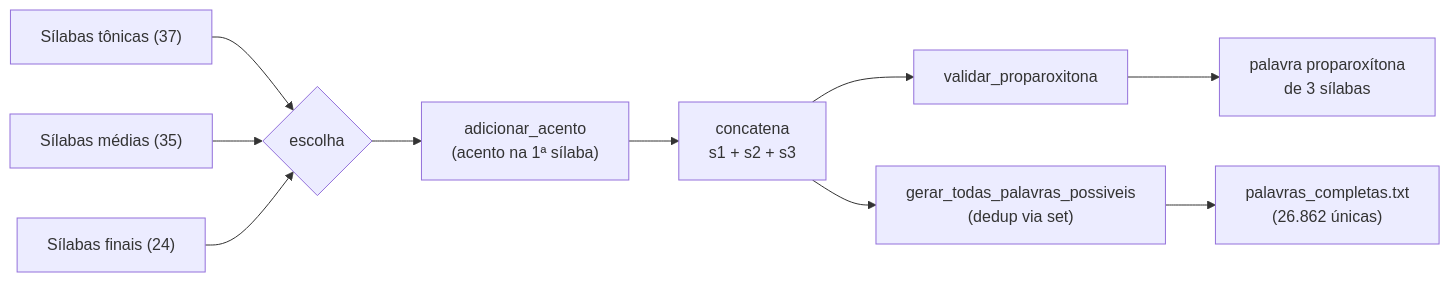
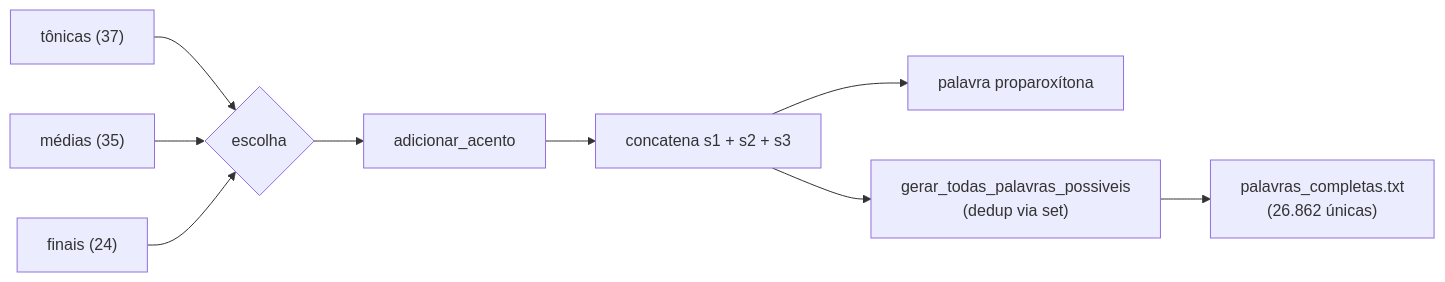
One commit to fabricioguidine/egera-generator changed the diagram in README.md. Above: the diagram before and after it, drawn with Mermaid. The commit also changed other lines of this file and 2 other files, not shown here.

````diff
--- a/README.md
+++ b/README.md
@@ -48,12 +68,11 @@
 ```mermaid
 flowchart LR
-    A["Sílabas tônicas (37)"] --> S{escolha}
-    B["Sílabas médias (35)"] --> S
-    C["Sílabas finais (24)"] --> S
-    S --> D["adicionar_acento<br/>(acento na 1ª sílaba)"]
-    D --> E["concatena<br/>s1 + s2 + s3"]
-    E --> F["validar_proparoxitona"]
-    F --> G["palavra proparoxítona<br/>de 3 sílabas"]
+    A["tônicas (37)"] --> S{escolha}
+    B["médias (35)"] --> S
+    C["finais (24)"] --> S
+    S --> D["adicionar_acento"]
+    D --> E["concatena s1 + s2 + s3"]
+    E --> F["palavra proparoxítona"]
     E --> H["gerar_todas_palavras_possiveis<br/>(dedup via set)"]
     H --> I["palavras_completas.txt<br/>(26.862 únicas)"]
 ```
````
